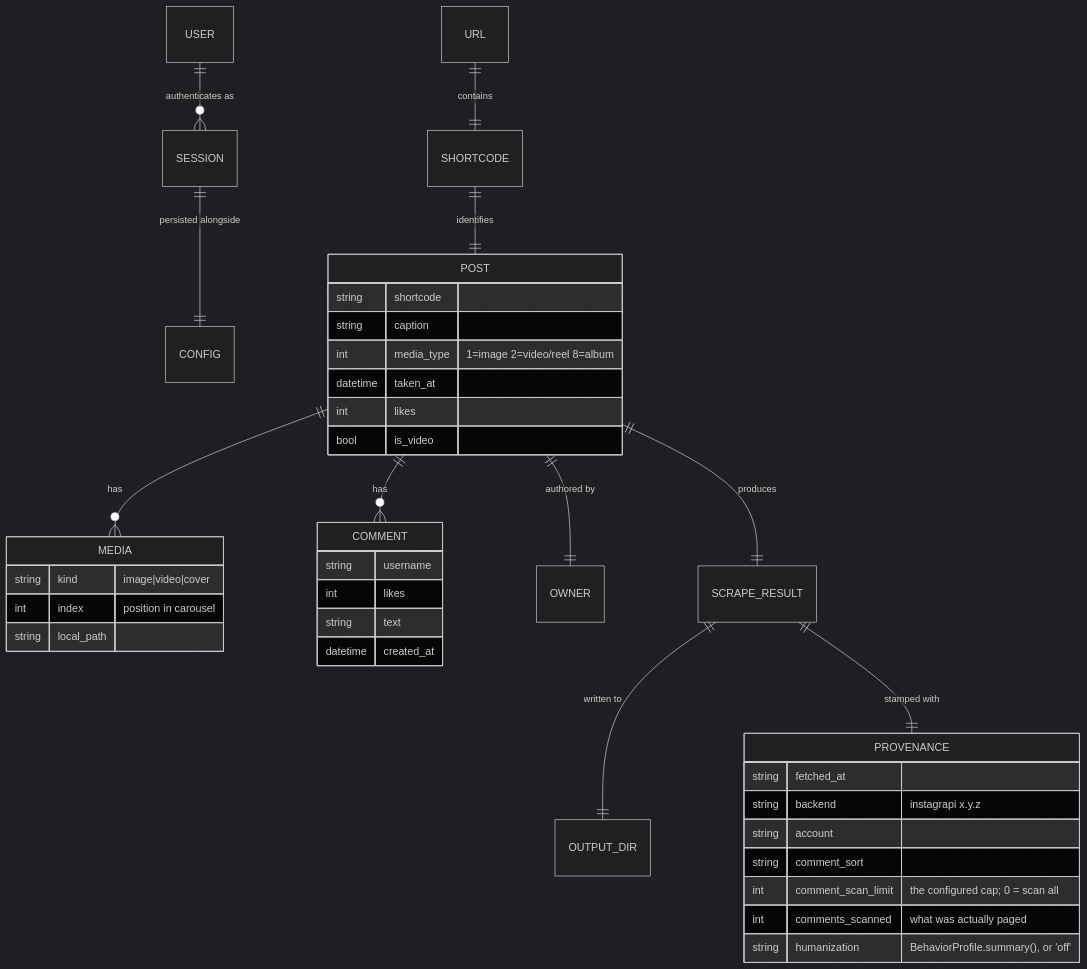
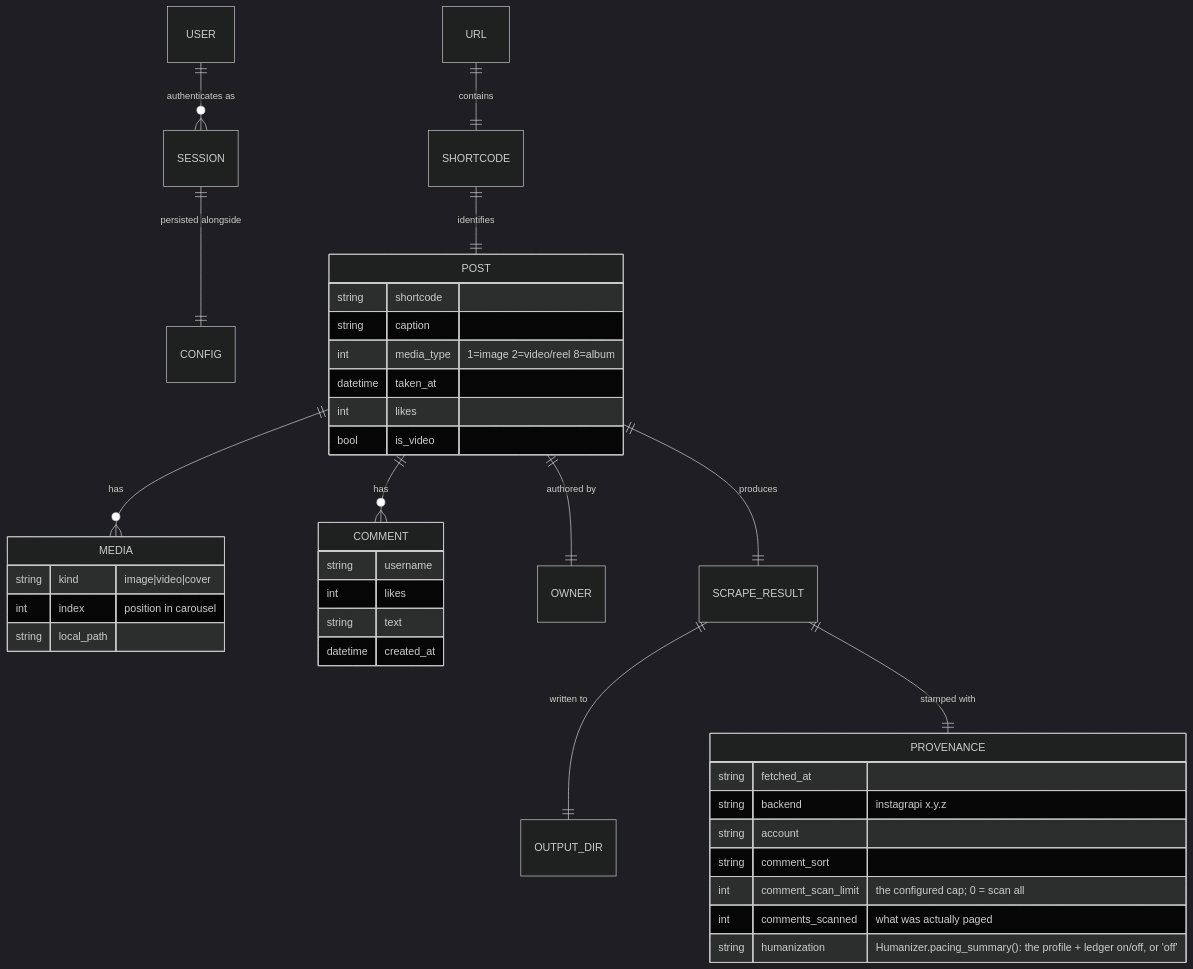
One commit to tillg/instascraper changed the diagram in specs/system/domain.md. Above: the diagram before and after it, drawn with Mermaid (dark theme). The commit also changed other lines of this file and 22 other files, not shown here.

````diff
--- a/specs/system/domain.md
+++ b/specs/system/domain.md
@@ -8,42 +8,42 @@
 ```mermaid
 erDiagram
     USER ||--o{ SESSION : "authenticates as"
     SESSION ||--|| CONFIG : "persisted alongside"
     URL ||--|| SHORTCODE : "contains"
     SHORTCODE ||--|| POST : "identifies"
     POST ||--o{ MEDIA : "has"
     POST ||--o{ COMMENT : "has"
     POST ||--|| OWNER : "authored by"
     POST ||--|| SCRAPE_RESULT : "produces"
     SCRAPE_RESULT ||--|| OUTPUT_DIR : "written to"
     SCRAPE_RESULT ||--|| PROVENANCE : "stamped with"
 
     POST {
         string shortcode
         string caption
         int media_type "1=image 2=video/reel 8=album"
         datetime taken_at
         int likes
         bool is_video
     }
     COMMENT {
         string username
         int likes
         string text
         datetime created_at
     }
     MEDIA {
         string kind "image|video|cover"
         int index "position in carousel"
         string local_path
     }
     PROVENANCE {
         string fetched_at
         string backend "instagrapi x.y.z"
         string account
         string comment_sort
         int comment_scan_limit "the configured cap; 0 = scan all"
         int comments_scanned "what was actually paged"
-        string humanization "BehaviorProfile.summary(), or 'off'"
+        string humanization "Humanizer.pacing_summary(): the profile + ledger on/off, or 'off'"
     }
 ```
````
